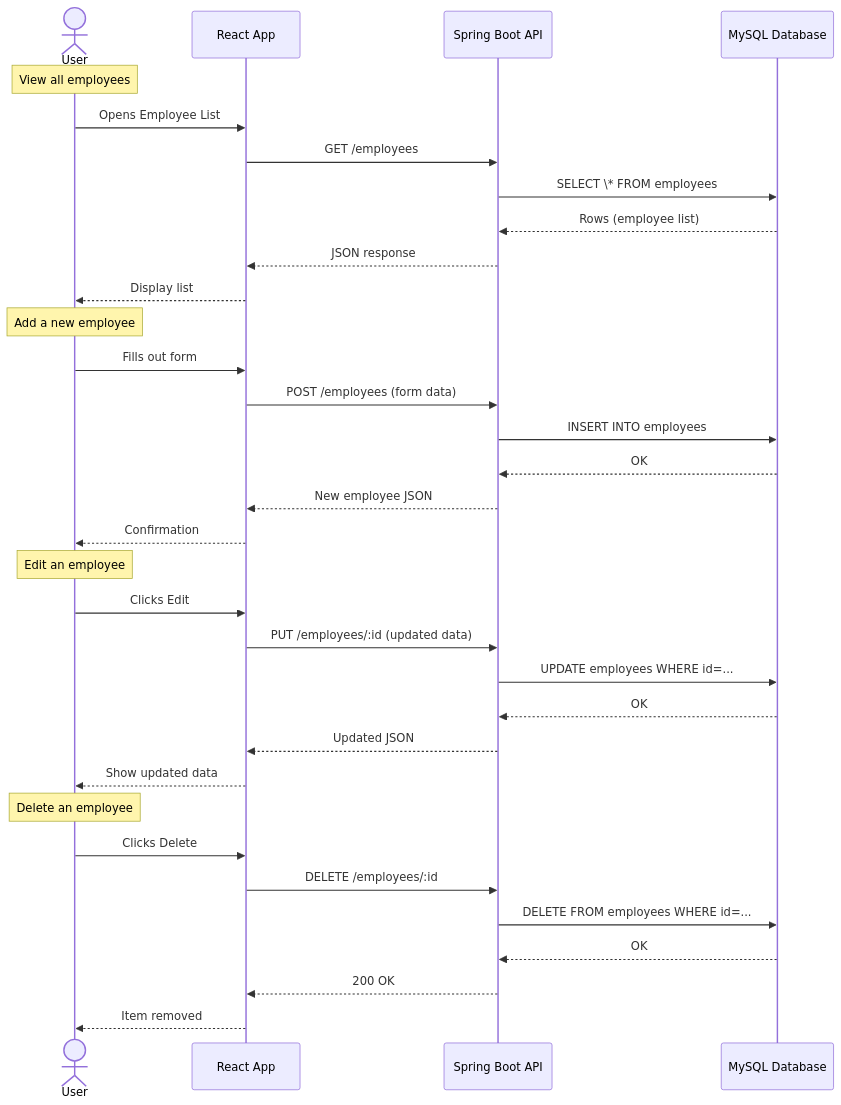
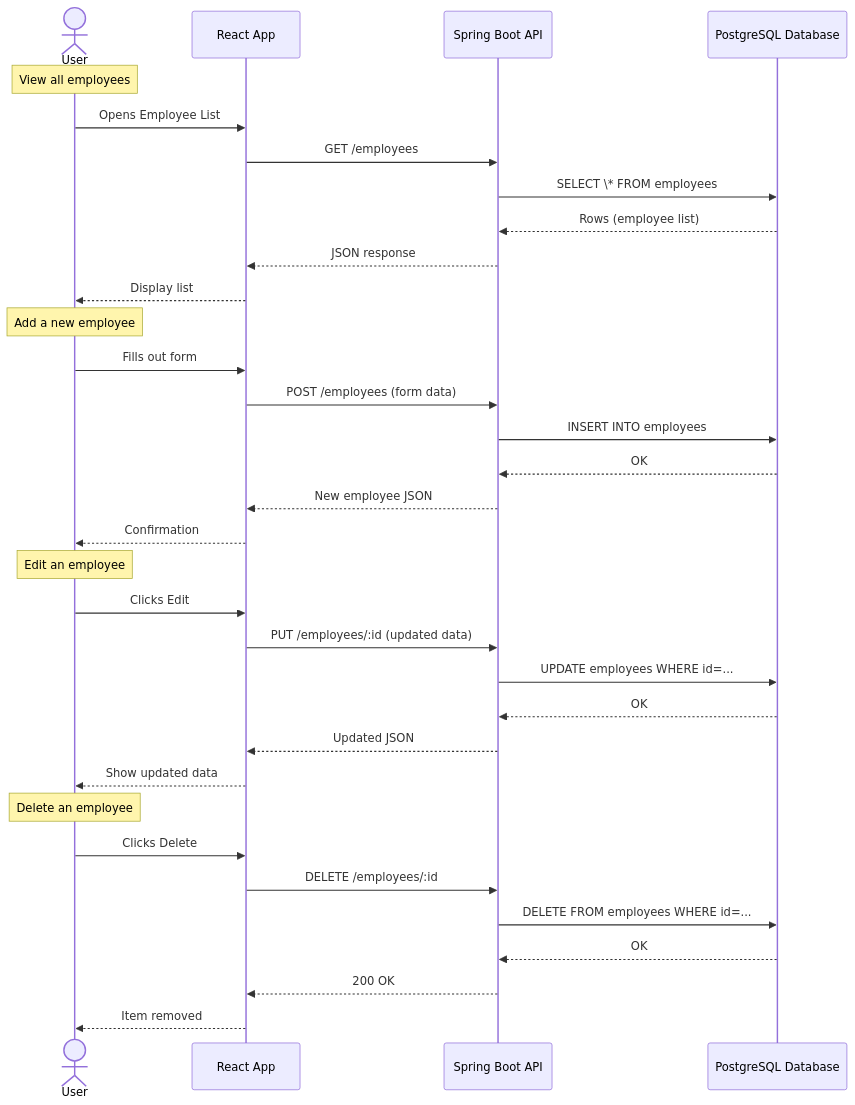
One commit to carriegale2710/employee-creator changed the diagram in README.md. Above: the diagram before and after it, drawn with Mermaid. The commit also changed other lines of this file and 7 other files, not shown here.

````diff
--- a/README.md
+++ b/README.md
@@ -205,42 +205,42 @@
 ```mermaid
 ---
 
 config:
 theme: redux-dark-color
 
 ---
 
 sequenceDiagram
 actor User
 participant ReactApp as React App
 participant SpringAPI as Spring Boot API
-participant MySQL as MySQL Database
+participant PostgreSQL as PostgreSQL Database
 Note over User: View all employees
 User->>ReactApp: Opens Employee List
 ReactApp->>SpringAPI: GET /employees
-SpringAPI->>MySQL: SELECT \* FROM employees
-MySQL-->>SpringAPI: Rows (employee list)
+SpringAPI->>PostgreSQL: SELECT \* FROM employees
+PostgreSQL-->>SpringAPI: Rows (employee list)
 SpringAPI-->>ReactApp: JSON response
 ReactApp-->>User: Display list
 Note over User: Add a new employee
 User->>ReactApp: Fills out form
 ReactApp->>SpringAPI: POST /employees (form data)
-SpringAPI->>MySQL: INSERT INTO employees
-MySQL-->>SpringAPI: OK
+SpringAPI->>PostgreSQL: INSERT INTO employees
+PostgreSQL-->>SpringAPI: OK
 SpringAPI-->>ReactApp: New employee JSON
 ReactApp-->>User: Confirmation
 Note over User: Edit an employee
 User->>ReactApp: Clicks Edit
 ReactApp->>SpringAPI: PUT /employees/:id (updated data)
-SpringAPI->>MySQL: UPDATE employees WHERE id=...
-MySQL-->>SpringAPI: OK
+SpringAPI->>PostgreSQL: UPDATE employees WHERE id=...
+PostgreSQL-->>SpringAPI: OK
 SpringAPI-->>ReactApp: Updated JSON
 ReactApp-->>User: Show updated data
 Note over User: Delete an employee
 User->>ReactApp: Clicks Delete
 ReactApp->>SpringAPI: DELETE /employees/:id
-SpringAPI->>MySQL: DELETE FROM employees WHERE id=...
-MySQL-->>SpringAPI: OK
+SpringAPI->>PostgreSQL: DELETE FROM employees WHERE id=...
+PostgreSQL-->>SpringAPI: OK
 SpringAPI-->>ReactApp: 200 OK
 ReactApp-->>User: Item removed
 ```
````
